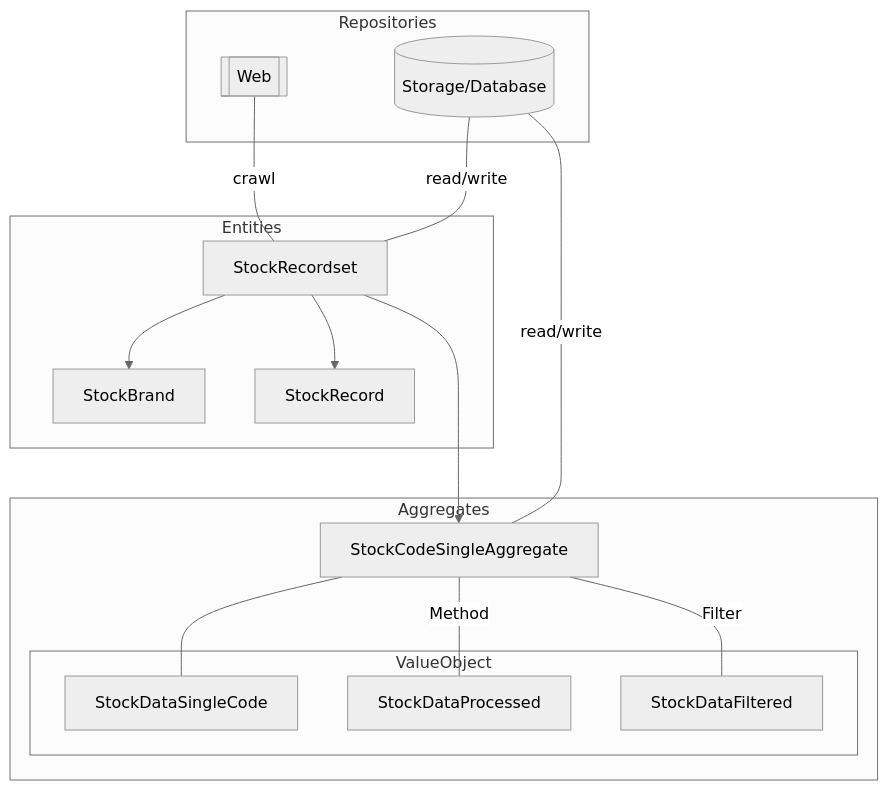
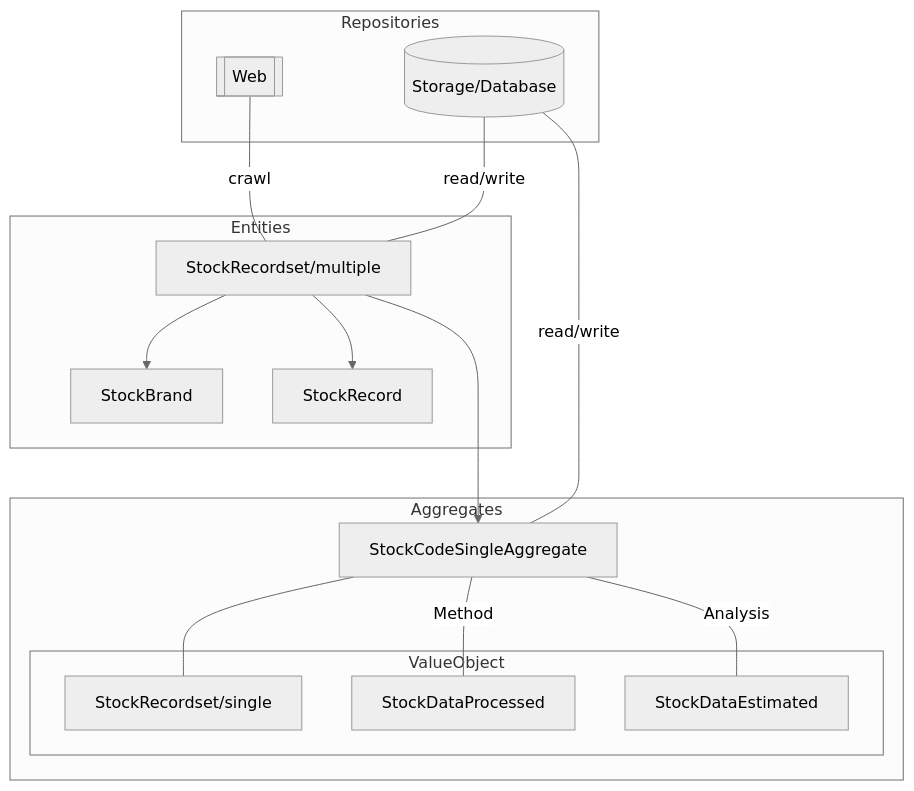
The diagram in docs/index.rst (gsy0911/kabutobashi), drawn with Mermaid (neutral theme) before and after one commit. The commit also changed 1 other file, not shown here.

```diff
--- a/docs/index.rst
+++ b/docs/index.rst
@@ -62,32 +62,32 @@
 .. mermaid::
 
    graph TD;
      subgraph Aggregates
        aggregate[StockCodeSingleAggregate]
-       aggregate --- single
+       aggregate --- recordset_single
        aggregate --- |Method| processed
-       aggregate --- |Filter| filtered
+       aggregate --- |Analysis| estimated
 
        subgraph ValueObject
-         single[StockDataSingleCode]
+         recordset_single[StockRecordset/single]
          processed[StockDataProcessed]
-         filtered[StockDataFiltered]
+         estimated[StockDataEstimated]
        end
      end
 
      subgraph Entities
-       recordset[StockRecordset]
+       recordset[StockRecordset/multiple]
        brand[StockBrand]
        record[StockRecord]
 
        recordset --> brand
        recordset --> record
        recordset ---> aggregate
      end
 
      subgraph Repositories
        web[[Web]] --- | crawl | recordset
        repositories[(Storage/Database)] --- | read/write | recordset
 
        repositories --- | read/write | aggregate
      end
```
